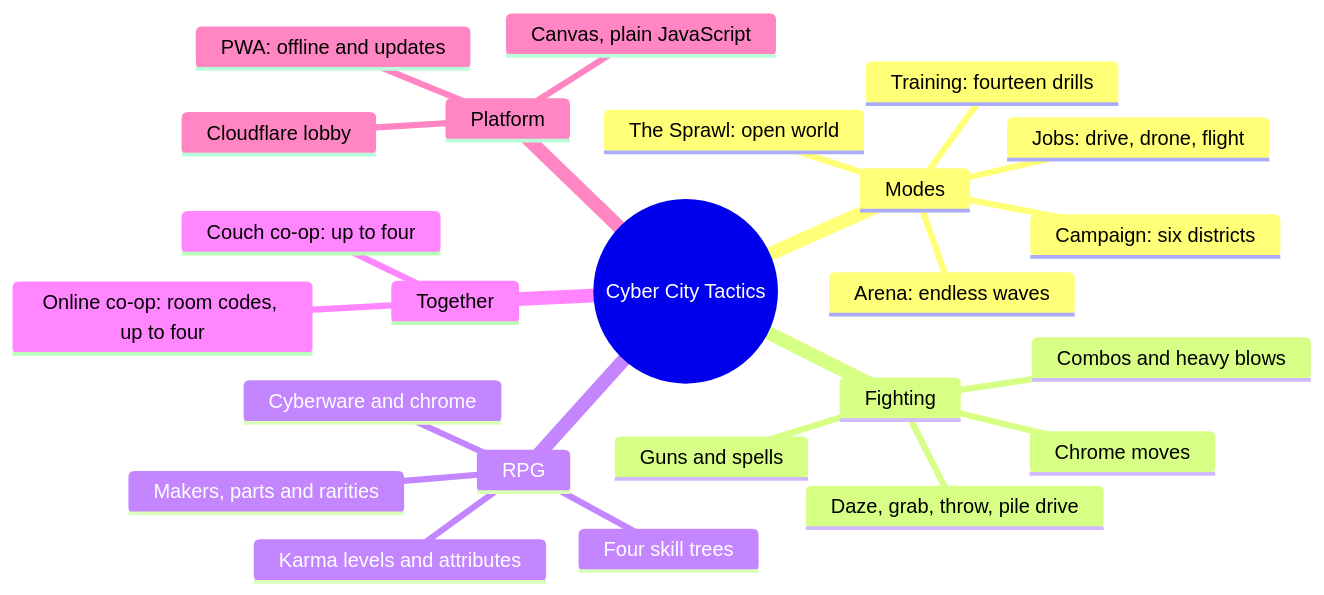
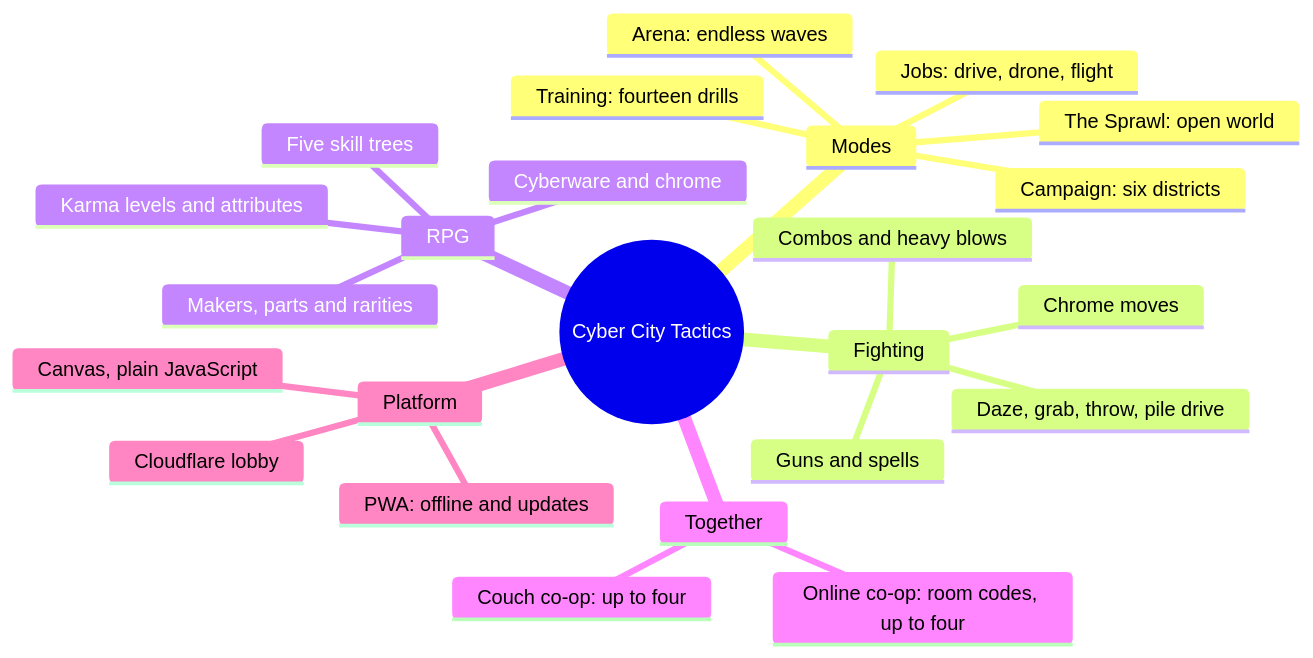
One commit to CptNope/Cyber-City-Tactics changed the diagram in docs/wiki/Home.md. Above: the diagram before and after it, drawn with Mermaid. The commit also changed 2 other files, not shown here.

Commit message:
Docs: five skill trees (the Shaman tree made it five)
Claude-Session: https://claude.ai/code/session_01Y48r5UoeMN5qUBJCKsM3hL

````diff
--- a/docs/wiki/Home.md
+++ b/docs/wiki/Home.md
@@ -7,27 +7,27 @@
 ```mermaid
 mindmap
   root((Cyber City Tactics))
     Modes
       Campaign: six districts
       The Sprawl: open world
       Arena: endless waves
       Jobs: drive, drone, flight
       Training: fourteen drills
     Fighting
       Combos and heavy blows
       Daze, grab, throw, pile drive
       Guns and spells
       Chrome moves
     RPG
       Karma levels and attributes
-      Four skill trees
+      Five skill trees
       Makers, parts and rarities
       Cyberware and chrome
     Together
       Couch co-op: up to four
       Online co-op: room codes, up to four
     Platform
       Canvas, plain JavaScript
       PWA: offline and updates
       Cloudflare lobby
 ```
````
